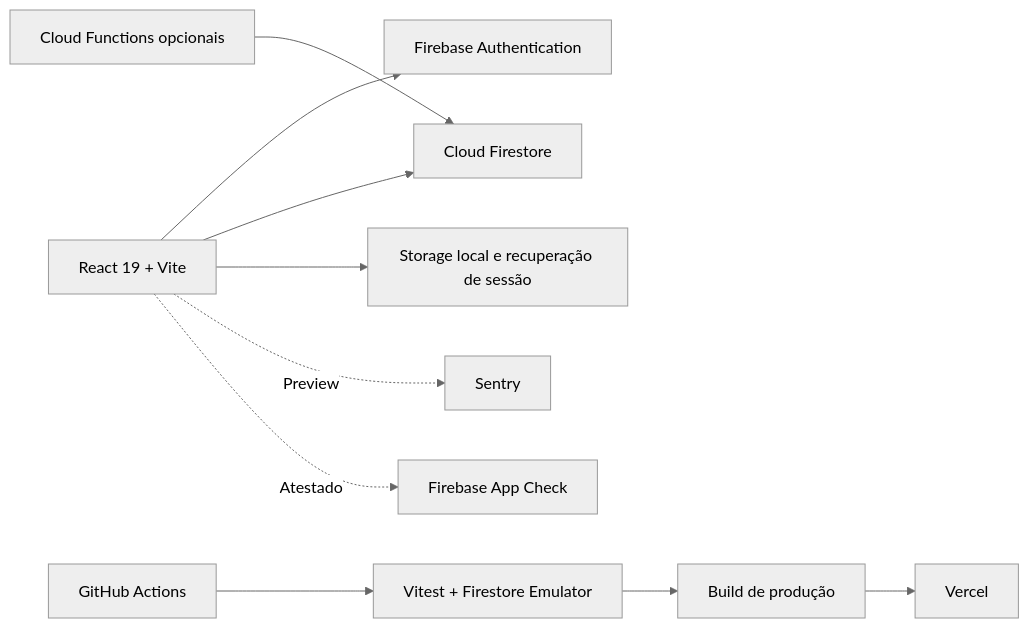
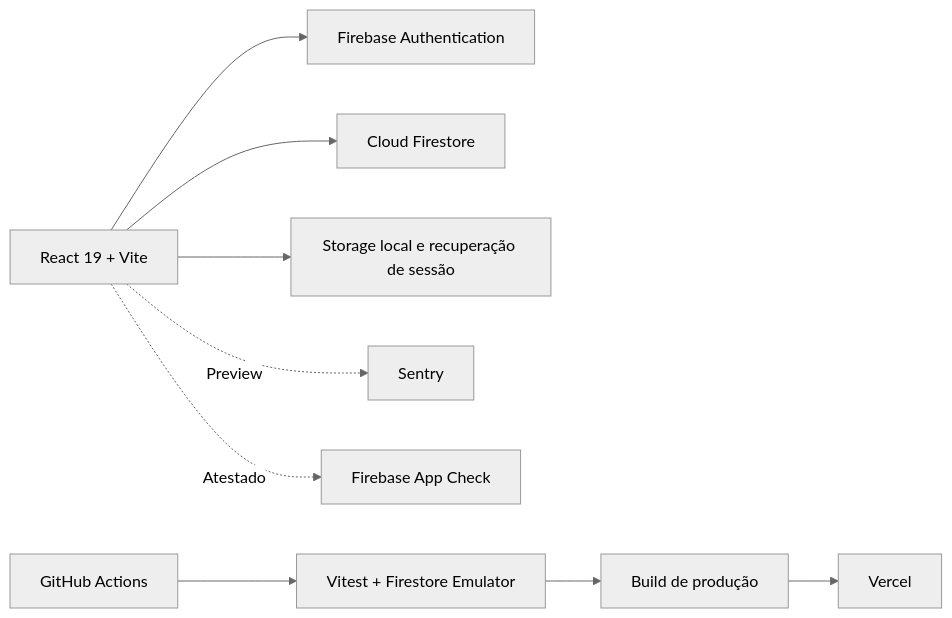
The diagram in README.md (Tiagopbc/VitalitaApp), drawn with Mermaid (neutral theme) before and after one commit. The commit also changed other lines of this file and 45 other files, not shown here.

````diff
--- a/README.md
+++ b/README.md
@@ -77,12 +77,11 @@
 ```mermaid
 flowchart LR
     UI[React 19 + Vite] --> AUTH[Firebase Authentication]
     UI --> DB[Cloud Firestore]
     UI --> LOCAL[Storage local e recuperação de sessão]
     UI -. Preview .-> SENTRY[Sentry]
     UI -. Atestado .-> CHECK[Firebase App Check]
-    FUNCTIONS[Cloud Functions opcionais] --> DB
     CI[GitHub Actions] --> TESTS[Vitest + Firestore Emulator]
     TESTS --> BUILD[Build de produção]
     BUILD --> VERCEL[Vercel]
 ```
````
